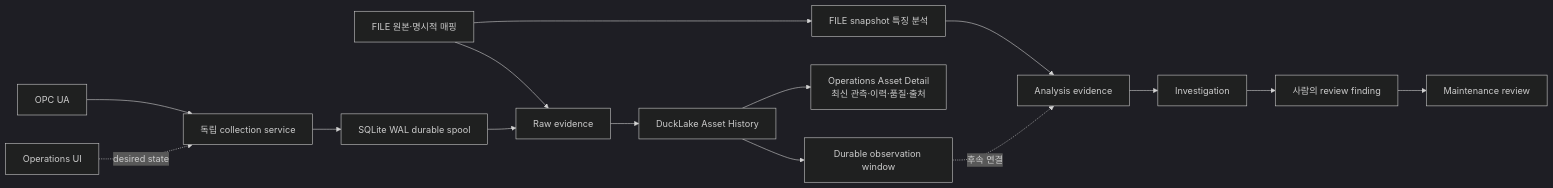
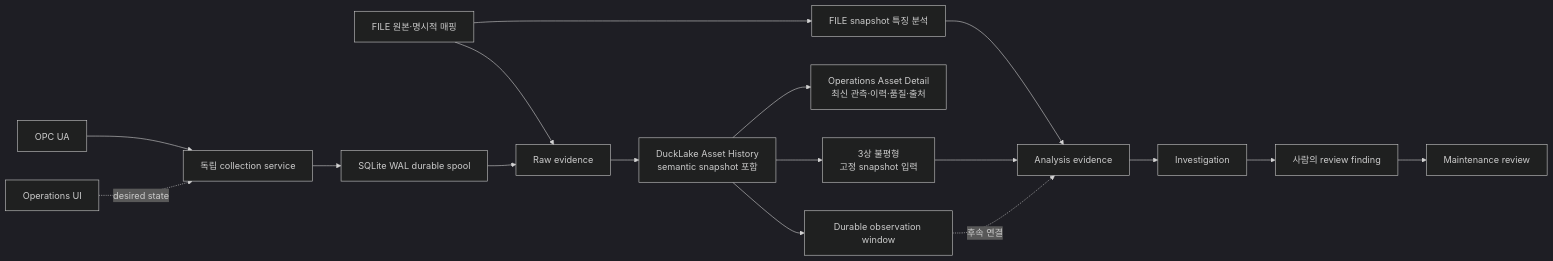
The diagram in docs/architecture/overview.md (so9093-K/industrial-phm-framework), drawn with Mermaid (dark theme) before and after one commit. The commit also changed other lines of this file and 6 other files, not shown here.

````diff
--- a/docs/architecture/overview.md
+++ b/docs/architecture/overview.md
@@ -75,17 +75,19 @@
 ```mermaid
 flowchart LR
     FILE[FILE 원본·명시적 매핑] --> RAW[Raw evidence]
     OPC[OPC UA] --> COLLECTOR[독립 collection service]
     COLLECTOR --> SPOOL[SQLite WAL durable spool]
     SPOOL --> RAW
-    RAW --> HISTORY[DuckLake Asset History]
+    RAW --> HISTORY[DuckLake Asset History<br/>semantic snapshot 포함]
     HISTORY --> WINDOW[Durable observation window]
     HISTORY --> ASSET[Operations Asset Detail<br/>최신 관측·이력·품질·출처]
+    HISTORY --> UNBALANCE[3상 불평형<br/>고정 snapshot 입력]
     FILE --> ANALYSIS[FILE snapshot 특징 분석]
     ANALYSIS --> EVIDENCE[Analysis evidence]
+    UNBALANCE --> EVIDENCE
     EVIDENCE --> INVESTIGATION[Investigation]
     INVESTIGATION --> FINDING[사람의 review finding]
     FINDING --> REVIEW[Maintenance review]
     UI[Operations UI] -. desired state .-> COLLECTOR
     WINDOW -. 후속 연결 .-> EVIDENCE
 ```
````
